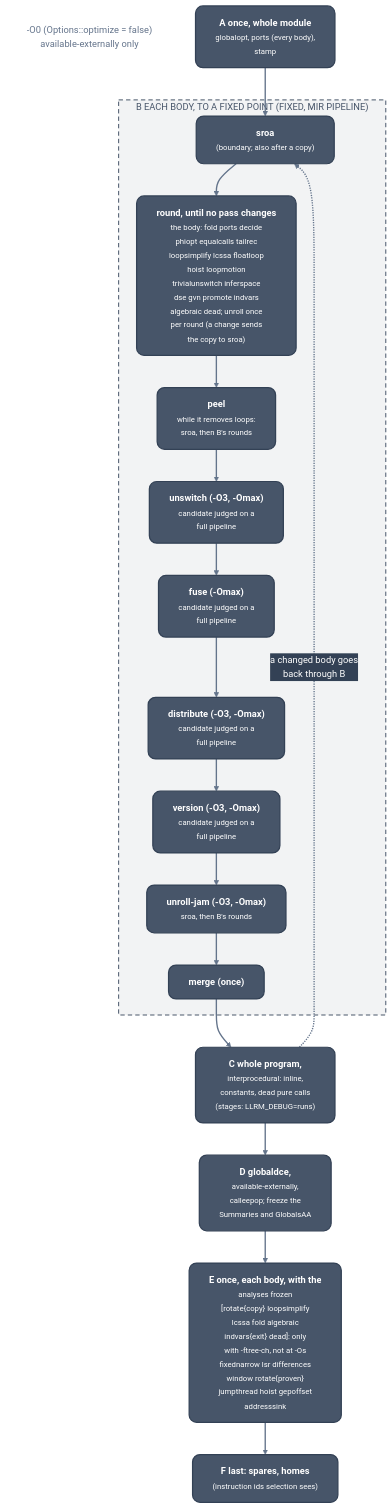
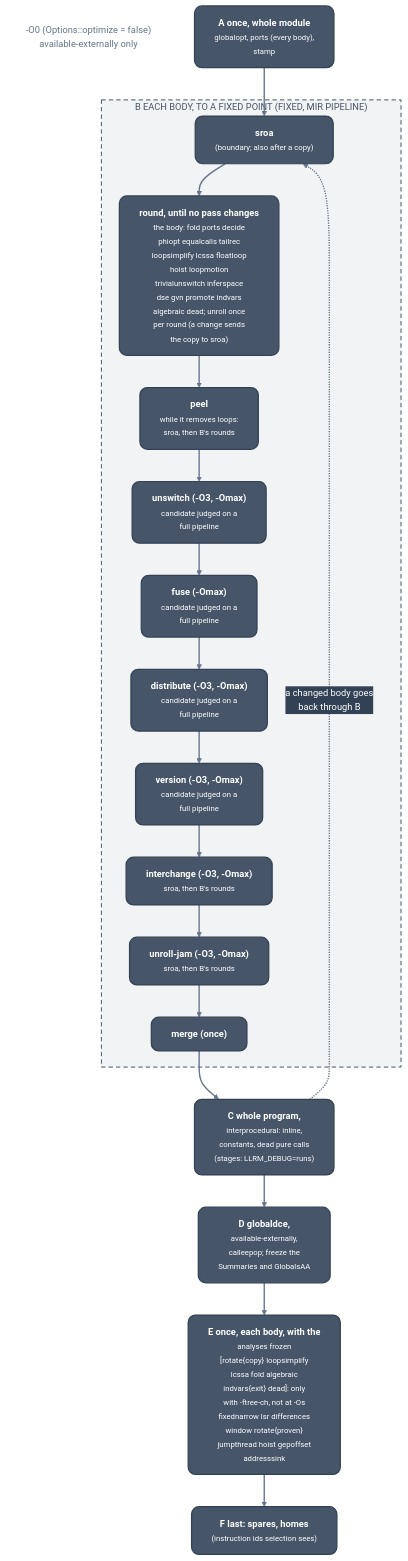
One commit to ali-mosavian/llrm changed the diagram in docs/optimizations/passes/pipeline.md. Above: the diagram before and after it, drawn with Mermaid. The commit also changed other lines of this file and 28 other files, not shown here.

````diff
--- a/docs/optimizations/passes/pipeline.md
+++ b/docs/optimizations/passes/pipeline.md
@@ -18,39 +18,41 @@
 ```mermaid
 %%{init: {'theme':'base','themeVariables':{'fontFamily':'Segoe UI, Helvetica Neue, Arial, DejaVu Sans, sans-serif','fontSize':'15px','primaryColor':'#475569','primaryTextColor':'#ffffff','primaryBorderColor':'#334155','lineColor':'#64748b','secondaryColor':'#475569','tertiaryColor':'transparent','clusterBkg':'transparent','clusterBorder':'#64748b','edgeLabelBackground':'#334155','textColor':'#64748b','titleColor':'#64748b'},'flowchart':{'curve':'basis','nodeSpacing':38,'rankSpacing':52,'padding':16,'wrappingWidth':360,'htmlLabels':true,'useMaxWidth':true}}}%%
 flowchart TB
   classDef mid fill:#475569,stroke:#334155,stroke-width:2px,color:#ffffff,rx:12px,ry:12px
   classDef note fill:transparent,stroke:transparent,color:#64748b
   linkStyle default stroke:#64748b,stroke-width:2.2px
   o0["-O0 (Options::optimize = false)<br/>available-externally only"]:::note
   a["<b>A  once, whole module</b><br/><small>globalopt, ports (every body),<br/>stamp</small>"]:::mid
   subgraph g_b["B  EACH BODY, TO A FIXED POINT (FIXED, MIR PIPELINE)"]
     sroa["<b>sroa</b><br/><small>(boundary#59; also after a copy)</small>"]:::mid
     rnd["<b>round, until no pass changes</b><br/><small>the body: fold ports decide<br/>phiopt equalcalls tailrec<br/>loopsimplify lcssa floatloop<br/>hoist loopmotion<br/>trivialunswitch inferspace<br/>dse gvn promote indvars<br/>algebraic dead#59; unroll once<br/>per round (a change sends<br/>the copy to sroa)</small>"]:::mid
     peel["<b>peel</b><br/><small>while it removes loops:<br/>sroa, then B's rounds</small>"]:::mid
     unsw["<b>unswitch (-O3, -Omax)</b><br/><small>candidate judged on a<br/>full pipeline</small>"]:::mid
     dist["<b>distribute (-O3, -Omax)</b><br/><small>candidate judged on a<br/>full pipeline</small>"]:::mid
     ver["<b>version (-O3, -Omax)</b><br/><small>candidate judged on a<br/>full pipeline</small>"]:::mid
     fuse["<b>fuse (-Omax)</b><br/><small>candidate judged on a<br/>full pipeline</small>"]:::mid
+    swap["<b>interchange (-O3, -Omax)</b><br/><small>sroa, then B's rounds</small>"]:::mid
     jam["<b>unroll-jam (-O3, -Omax)</b><br/><small>sroa, then B's rounds</small>"]:::mid
     mrg["<b>merge (once)</b>"]:::mid
   end
   c["<b>C  whole program,</b><br/><small>interprocedural: inline,<br/>constants, dead pure calls<br/>(stages: LLRM_DEBUG=runs)</small>"]:::mid
   d["<b>D  globaldce,</b><br/><small>available-externally,<br/>calleepop#59; freeze the<br/>Summaries and GlobalsAA</small>"]:::mid
   e["<b>E  once, each body, with the</b><br/><small>analyses frozen<br/>[rotate#123;copy#125; loopsimplify<br/>lcssa fold algebraic<br/>indvars#123;exit#125; dead]: only<br/>with -ftree-ch, not at -Os<br/>fixednarrow lsr differences<br/>window rotate#123;proven#125;<br/>jumpthread hoist gepoffset<br/>addresssink</small>"]:::mid
   f["<b>F  last: spares, homes</b><br/><small>(instruction ids selection sees)</small>"]:::mid
   a --> sroa
   sroa --> rnd
   rnd --> peel
   peel --> unsw
   unsw --> fuse
   fuse --> dist
   dist --> ver
-  ver --> jam
+  ver --> swap
+  swap --> jam
   jam --> mrg
   mrg --> c
   c -.->|"a changed body goes<br/>back through B"| sroa
   c --> d
   d --> e
   e --> f
   style g_b fill:#47556912,stroke:#475569,stroke-width:1.6px,stroke-dasharray:7 5,color:#475569
 ```
````
